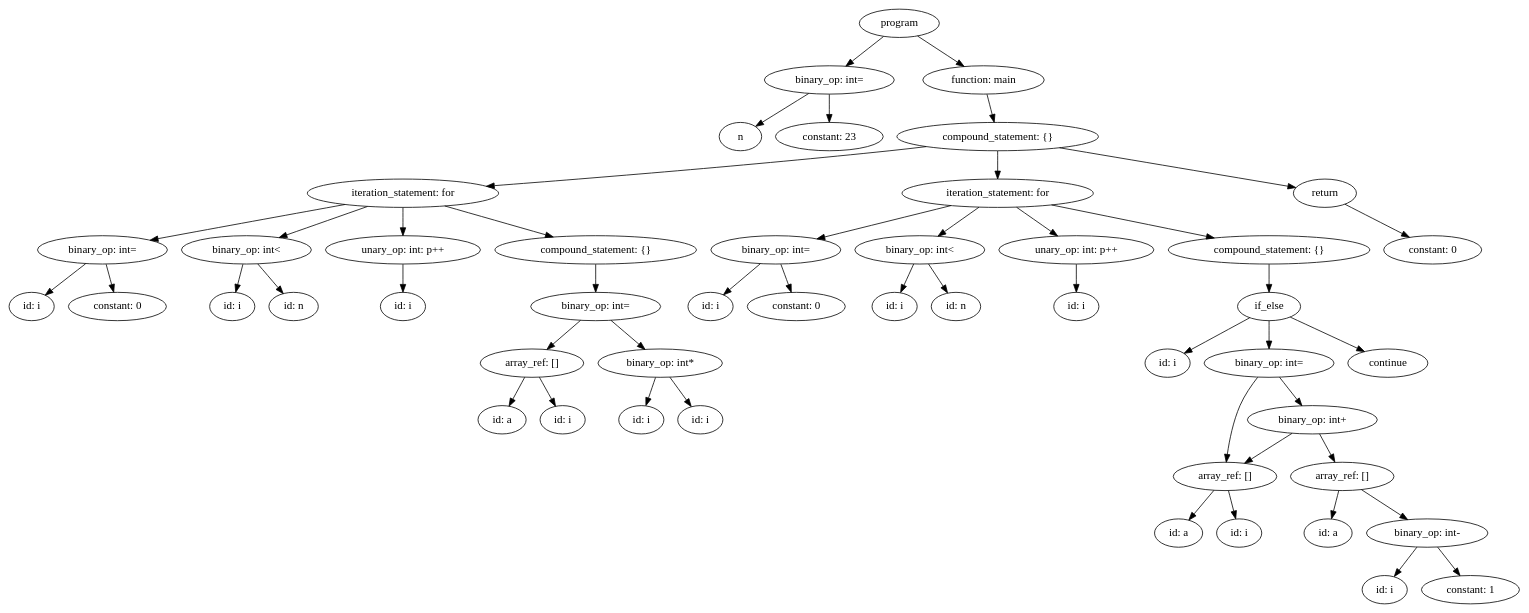
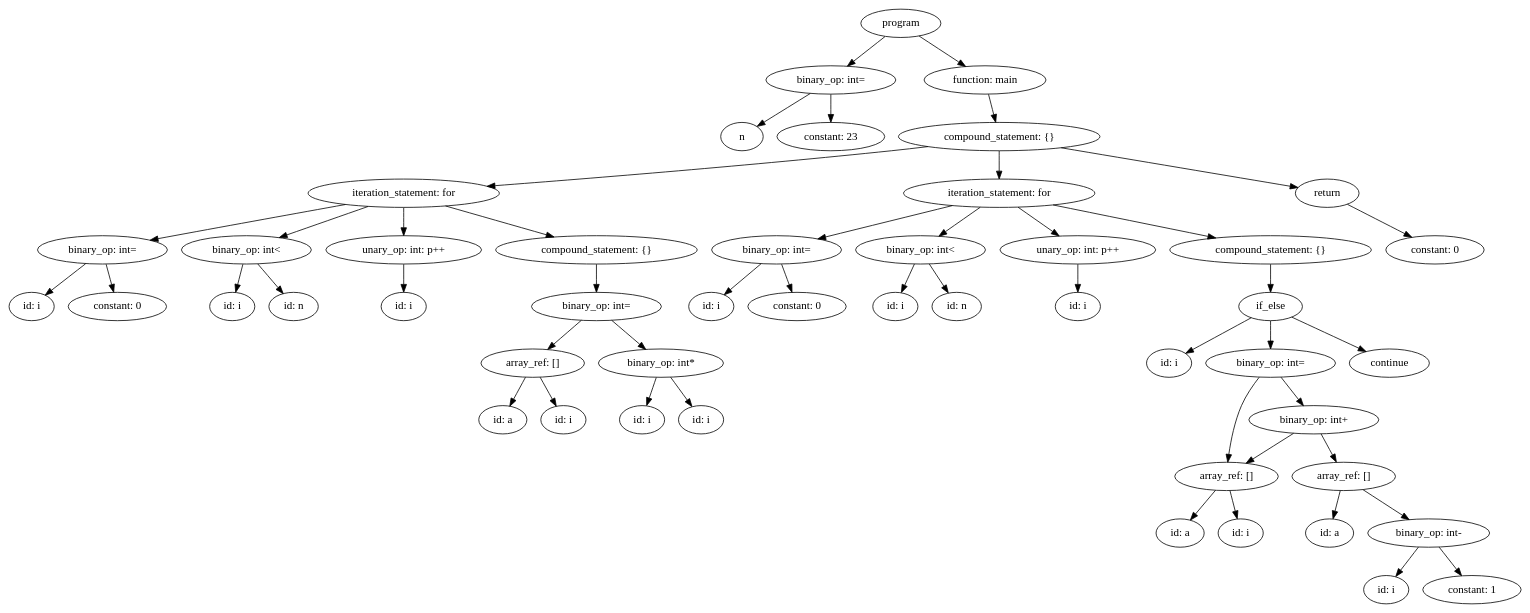
Before and after one commit to rjnrohit/C-Compiler-CS335: the diagram in output/test8.dot, drawn with Graphviz. The commit also changed 30 other files, not shown here.

```diff
--- a/output/test8.dot
+++ b/output/test8.dot
@@ -1,244 +1,244 @@
 strict digraph "" {
-	graph [bb="0,0,1580.5,756"];
+	graph [bb="0,0,1922.1,756"];
 	node [label="\N"];
 	58	[height=0.5,
 		label=program,
-		pos="930,738",
-		width=1.1389];
+		pos="1133.6,738",
+		width=1.4082];
 	7	[height=0.5,
 		label="binary_op: int=",
-		pos="857,666",
-		width=1.8234];
-	58 -> 7	[pos="e,874.17,683.47 913.8,721.46 904.33,712.39 892.2,700.75 881.58,690.57"];
+		pos="1044.6,666",
+		width=2.2929];
+	58 -> 7	[pos="e,1065.6,683.55 1113.4,721.12 1101.7,711.92 1086.8,700.18 1073.8,689.98"];
 	57	[height=0.5,
 		label="function: main",
-		pos="1017,666",
-		width=1.7512];
-	58 -> 57	[pos="e,996.95,683.13 948.88,721.81 960.63,712.35 975.96,700.02 989.1,689.45"];
+		pos="1240.6,666",
+		width=2.1528];
+	58 -> 57	[pos="e,1215.9,683.13 1156.8,721.81 1171.5,712.18 1190.8,699.55 1207.2,688.85"];
 	5	[height=0.5,
 		label=n,
-		pos="758,594",
+		pos="931.6,594",
 		width=0.75];
-	7 -> 5	[pos="e,775.9,607.66 834.04,648.76 819.24,638.3 799.94,624.65 784.49,613.73"];
+	7 -> 5	[pos="e,950.96,606.99 1018.4,648.76 1000.8,637.9 977.77,623.6 959.82,612.48"];
 	6	[height=0.5,
 		label="constant: 23",
-		pos="857,594",
-		width=1.5];
-	7 -> 6	[pos="e,857,612.1 857,647.7 857,639.98 857,630.71 857,622.11"];
+		pos="1044.6,594",
+		width=1.8957];
+	7 -> 6	[pos="e,1044.6,612.1 1044.6,647.7 1044.6,639.98 1044.6,630.71 1044.6,622.11"];
 	56	[height=0.5,
 		label="compound_statement: {}",
-		pos="1030,594",
-		width=2.7984];
-	57 -> 56	[pos="e,1026.8,612.1 1020.2,647.7 1021.6,639.98 1023.4,630.71 1025,622.11"];
+		pos="1258.6,594",
+		width=3.5566];
+	57 -> 56	[pos="e,1254.2,612.1 1245,647.7 1247.1,639.9 1249.5,630.51 1251.7,621.83"];
 	30	[height=0.5,
 		label="iteration_statement: for",
-		pos="419,522",
-		width=2.5998];
-	56 -> 30	[pos="e,501.59,530.51 957.88,581.35 945.27,579.46 932.26,577.6 920,576 777.87,557.51 612.41,540.97 511.73,531.47"];
+		pos="501.6,522",
+		width=3.3761];
+	56 -> 30	[pos="e,607.58,530.82 1168,581.26 1152.5,579.4 1136.6,577.57 1121.6,576 946.29,557.64 742.59,541.15 617.91,531.61"];
 	53	[height=0.5,
 		label="iteration_statement: for",
-		pos="1030,522",
-		width=2.5998];
-	56 -> 53	[pos="e,1030,540.1 1030,575.7 1030,567.98 1030,558.71 1030,550.11"];
+		pos="1258.6,522",
+		width=3.3761];
+	56 -> 53	[pos="e,1258.6,540.1 1258.6,575.7 1258.6,567.98 1258.6,558.71 1258.6,550.11"];
 	55	[height=0.5,
 		label=return,
-		pos="1365,522",
-		width=0.88889];
-	56 -> 55	[pos="e,1335.3,529.21 1093,579.83 1161.2,565.59 1267.8,543.32 1325.2,531.32"];
+		pos="1675.6,522",
+		width=1.125];
+	56 -> 55	[pos="e,1638.5,529.23 1337.5,579.75 1423.4,565.34 1557.8,542.77 1628.5,530.91"];
 	16	[height=0.5,
 		label="binary_op: int=",
-		pos="108,450",
-		width=1.8234];
-	30 -> 16	[pos="e,156.55,462.2 360.05,507.92 312.09,497.25 242.65,481.75 182,468 176.99,466.86 171.78,465.68 166.56,464.49"];
+		pos="118.6,450",
+		width=2.2929];
+	30 -> 16	[pos="e,179.29,462.38 427.47,507.65 368.44,497 283.7,481.65 209.6,468 203.01,466.79 196.16,465.52 189.31,464.25"];
 	19	[height=0.5,
 		label="binary_op: int<",
-		pos="257,450",
-		width=1.8234];
-	30 -> 19	[pos="e,290.75,465.58 382.64,505.29 358.24,494.75 325.98,480.81 300.26,469.69"];
+		pos="301.6,450",
+		width=2.2929];
+	30 -> 19	[pos="e,343.39,465.63 456.21,505.12 425.51,494.37 384.89,480.15 352.99,468.99"];
 	21	[height=0.5,
 		label="unary_op: int: p++",
-		pos="419,450",
-		width=2.1667];
-	30 -> 21	[pos="e,419,468.1 419,503.7 419,495.98 419,486.71 419,478.11"];
+		pos="501.6,450",
+		width=2.75];
+	30 -> 21	[pos="e,501.6,468.1 501.6,503.7 501.6,495.98 501.6,486.71 501.6,478.11"];
 	29	[height=0.5,
 		label="compound_statement: {}",
-		pos="616,450",
-		width=2.7984];
-	30 -> 29	[pos="e,573,466.28 461.75,505.81 491.59,495.21 531.61,480.99 563.41,469.69"];
+		pos="746.6,450",
+		width=3.5566];
+	30 -> 29	[pos="e,692.69,466.4 554.76,505.81 592.46,495.04 643.24,480.53 683.08,469.15"];
 	33	[height=0.5,
 		label="binary_op: int=",
-		pos="800,450",
-		width=1.8234];
-	53 -> 33	[pos="e,842.18,463.84 982.34,506.5 944.26,494.9 890.95,478.68 851.81,466.77"];
+		pos="975.6,450",
+		width=2.2929];
+	53 -> 33	[pos="e,1028,463.97 1198.9,506.24 1151.7,494.56 1085.9,478.29 1038,466.43"];
 	36	[height=0.5,
 		label="binary_op: int<",
-		pos="949,450",
-		width=1.8234];
-	53 -> 36	[pos="e,967.87,467.31 1010.4,504.05 999.99,495.07 987.06,483.9 975.76,474.12"];
+		pos="1158.6,450",
+		width=2.2929];
+	53 -> 36	[pos="e,1182,467.39 1234.6,504.23 1221.4,494.99 1204.9,483.39 1190.6,473.38"];
 	38	[height=0.5,
 		label="unary_op: int: p++",
-		pos="1111,450",
-		width=2.1667];
-	53 -> 38	[pos="e,1091.9,467.55 1049.6,504.05 1059.9,495.13 1072.7,484.06 1084,474.34"];
+		pos="1358.6,450",
+		width=2.75];
+	53 -> 38	[pos="e,1334.8,467.63 1282.5,504.23 1295.7,495.06 1312.1,483.56 1326.3,473.6"];
 	52	[height=0.5,
 		label="compound_statement: {}",
-		pos="1308,450",
-		width=2.7984];
-	53 -> 52	[pos="e,1252.1,465.07 1084.6,507.25 1129.8,495.88 1194.1,479.68 1242.1,467.59"];
+		pos="1603.6,450",
+		width=3.5566];
+	53 -> 52	[pos="e,1534,465.13 1327.2,507.09 1383.8,495.59 1464.3,479.26 1523.9,467.18"];
 	54	[height=0.5,
 		label="constant: 0",
-		pos="1476,450",
-		width=1.375];
-	55 -> 54	[pos="e,1452.4,465.87 1385.6,508 1402,497.69 1425.1,483.1 1443.9,471.26"];
+		pos="1812.6,450",
+		width=1.7361];
+	55 -> 54	[pos="e,1783.1,466.05 1701.4,507.83 1721.9,497.34 1750.9,482.5 1774.2,470.61"];
 	14	[height=0.5,
 		label="id: i",
-		pos="27,378",
-		width=0.75];
-	16 -> 14	[pos="e,42.795,392.65 88.804,432.41 77.291,422.46 62.567,409.74 50.379,399.2"];
+		pos="28.597,378",
+		width=0.79437];
+	16 -> 14	[pos="e,45.856,392.42 97.269,432.41 84.269,422.3 67.584,409.32 53.916,398.69"];
 	15	[height=0.5,
 		label="constant: 0",
-		pos="122,378",
-		width=1.375];
-	16 -> 15	[pos="e,118.58,396.1 111.46,431.7 113,423.98 114.86,414.71 116.58,406.11"];
+		pos="137.6,378",
+		width=1.7361];
+	16 -> 15	[pos="e,132.95,396.1 123.29,431.7 125.41,423.9 127.96,414.51 130.32,405.83"];
 	17	[height=0.5,
 		label="id: i",
-		pos="244,378",
-		width=0.75];
-	19 -> 17	[pos="e,247.18,396.1 253.79,431.7 252.35,423.98 250.63,414.71 249.04,406.11"];
+		pos="283.6,378",
+		width=0.79437];
+	19 -> 17	[pos="e,288,396.1 297.15,431.7 295.14,423.9 292.73,414.51 290.5,405.83"];
 	18	[height=0.5,
 		label="id: n",
-		pos="316,378",
-		width=0.75];
-	19 -> 18	[pos="e,303.32,394.04 270.98,432.41 278.65,423.31 288.27,411.9 296.65,401.96"];
+		pos="361.6,378",
+		width=0.86659];
+	19 -> 18	[pos="e,348.43,394.36 316.12,432.05 323.82,423.08 333.38,411.92 341.75,402.15"];
 	20	[height=0.5,
 		label="id: i",
-		pos="419,378",
-		width=0.75];
-	21 -> 20	[pos="e,419,396.1 419,431.7 419,423.98 419,414.71 419,406.11"];
+		pos="501.6,378",
+		width=0.79437];
+	21 -> 20	[pos="e,501.6,396.1 501.6,431.7 501.6,423.98 501.6,414.71 501.6,406.11"];
 	28	[height=0.5,
 		label="binary_op: int=",
-		pos="616,378",
-		width=1.8234];
-	29 -> 28	[pos="e,616,396.1 616,431.7 616,423.98 616,414.71 616,406.11"];
+		pos="746.6,378",
+		width=2.2929];
+	29 -> 28	[pos="e,746.6,396.1 746.6,431.7 746.6,423.98 746.6,414.71 746.6,406.11"];
 	31	[height=0.5,
 		label="id: i",
-		pos="735,378",
-		width=0.75];
-	33 -> 31	[pos="e,748.96,394.04 784.6,432.41 776.06,423.22 765.34,411.67 756.04,401.66"];
+		pos="892.6,378",
+		width=0.79437];
+	33 -> 31	[pos="e,909.05,392.88 955.93,432.41 944.21,422.53 929.24,409.91 916.8,399.41"];
 	32	[height=0.5,
 		label="constant: 0",
-		pos="830,378",
-		width=1.375];
-	33 -> 32	[pos="e,822.6,396.28 807.26,432.05 810.68,424.09 814.82,414.41 818.64,405.51"];
+		pos="1001.6,378",
+		width=1.7361];
+	33 -> 32	[pos="e,995.24,396.1 982.02,431.7 984.95,423.81 988.48,414.3 991.74,405.55"];
 	34	[height=0.5,
 		label="id: i",
-		pos="933,378",
-		width=0.75];
-	36 -> 34	[pos="e,936.91,396.1 945.04,431.7 943.28,423.98 941.16,414.71 939.2,406.11"];
+		pos="1126.6,378",
+		width=0.79437];
+	36 -> 34	[pos="e,1134.3,395.79 1150.9,432.05 1147.2,423.97 1142.7,414.12 1138.5,405.11"];
 	35	[height=0.5,
 		label="id: n",
-		pos="1005,378",
-		width=0.75];
-	36 -> 35	[pos="e,992.71,394.36 962.56,432.05 969.67,423.17 978.49,412.14 986.24,402.45"];
+		pos="1204.6,378",
+		width=0.86659];
+	36 -> 35	[pos="e,1193.9,395.31 1169.7,432.05 1175.3,423.59 1182.1,413.19 1188.3,403.84"];
 	37	[height=0.5,
 		label="id: i",
-		pos="1111,378",
-		width=0.75];
-	38 -> 37	[pos="e,1111,396.1 1111,431.7 1111,423.98 1111,414.71 1111,406.11"];
+		pos="1358.6,378",
+		width=0.79437];
+	38 -> 37	[pos="e,1358.6,396.1 1358.6,431.7 1358.6,423.98 1358.6,414.71 1358.6,406.11"];
 	51	[height=0.5,
 		label=if_else,
-		pos="1308,378",
-		width=0.95833];
-	52 -> 51	[pos="e,1308,396.1 1308,431.7 1308,423.98 1308,414.71 1308,406.11"];
+		pos="1603.6,378",
+		width=1.125];
+	52 -> 51	[pos="e,1603.6,396.1 1603.6,431.7 1603.6,423.98 1603.6,414.71 1603.6,406.11"];
 	24	[height=0.5,
 		label="array_ref: []",
-		pos="547,306",
-		width=1.5];
-	28 -> 24	[pos="e,563.23,323.47 599.65,360.41 590.88,351.52 579.93,340.41 570.29,330.63"];
+		pos="665.6,306",
+		width=1.8234];
+	28 -> 24	[pos="e,684.66,323.47 727.4,360.41 716.91,351.34 703.75,339.97 692.28,330.06"];
 	27	[height=0.5,
 		label="binary_op: int*",
-		pos="684,306",
-		width=1.8056];
-	28 -> 27	[pos="e,668,323.47 632.12,360.41 640.67,351.61 651.33,340.63 660.76,330.92"];
+		pos="828.6,306",
+		width=2.2083];
+	28 -> 27	[pos="e,809.3,323.47 766.03,360.41 776.65,351.34 789.97,339.97 801.59,330.06"];
 	39	[height=0.5,
 		label="id: i",
-		pos="1197,306",
-		width=0.75];
-	51 -> 39	[pos="e,1216.2,319.11 1286.9,363.67 1269.3,352.57 1244.1,336.69 1224.8,324.56"];
+		pos="1474.6,306",
+		width=0.79437];
+	51 -> 39	[pos="e,1495.7,318.43 1579,363.67 1557.8,352.16 1527.1,335.51 1504.5,323.23"];
 	49	[height=0.5,
 		label="binary_op: int=",
-		pos="1308,306",
-		width=1.8234];
-	51 -> 49	[pos="e,1308,324.1 1308,359.7 1308,351.98 1308,342.71 1308,334.11"];
+		pos="1603.6,306",
+		width=2.2929];
+	51 -> 49	[pos="e,1603.6,324.1 1603.6,359.7 1603.6,351.98 1603.6,342.71 1603.6,334.11"];
 	50	[height=0.5,
 		label=continue,
-		pos="1433,306",
-		width=1.1389];
-	51 -> 50	[pos="e,1408.4,320.78 1330.6,364.32 1349.8,353.57 1377.7,337.98 1399.5,325.78"];
+		pos="1754.6,306",
+		width=1.4082];
+	51 -> 50	[pos="e,1725,320.72 1630.6,364.49 1654.3,353.47 1689.2,337.32 1715.9,324.93"];
 	22	[height=0.5,
 		label="id: a",
-		pos="492,234",
-		width=0.75];
-	24 -> 22	[pos="e,504.19,250.51 533.97,288.41 526.99,279.53 518.27,268.44 510.6,258.67"];
+		pos="627.6,234",
+		width=0.84854];
+	24 -> 22	[pos="e,636.45,251.31 656.4,288.05 651.85,279.68 646.27,269.4 641.24,260.13"];
 	23	[height=0.5,
 		label="id: i",
-		pos="564,234",
-		width=0.75];
-	24 -> 23	[pos="e,559.85,252.1 551.2,287.7 553.1,279.9 555.38,270.51 557.48,261.83"];
+		pos="704.6,234",
+		width=0.79437];
+	24 -> 23	[pos="e,695.51,251.31 675.04,288.05 679.7,279.68 685.43,269.4 690.59,260.13"];
 	25	[height=0.5,
 		label="id: i",
-		pos="668,234",
-		width=0.75];
-	27 -> 25	[pos="e,671.91,252.1 680.04,287.7 678.28,279.98 676.16,270.71 674.2,262.11"];
+		pos="804.6,234",
+		width=0.79437];
+	27 -> 25	[pos="e,810.46,252.1 822.66,287.7 819.99,279.9 816.77,270.51 813.8,261.83"];
 	26	[height=0.5,
 		label="id: i",
-		pos="740,234",
-		width=0.75];
-	27 -> 26	[pos="e,727.71,250.36 697.56,288.05 704.67,279.17 713.49,268.14 721.24,258.45"];
+		pos="879.6,234",
+		width=0.79437];
+	27 -> 26	[pos="e,868.06,250.83 840.94,288.05 847.26,279.38 855.07,268.67 862,259.15"];
 	42	[height=0.5,
 		label="array_ref: []",
-		pos="1261,162",
-		width=1.5];
-	49 -> 42	[pos="e,1263.2,180.12 1297.4,287.89 1291.5,277.77 1284.5,264.52 1280,252 1272.7,231.86 1267.8,208.08 1264.8,190.17"];
+		pos="1547.6,162",
+		width=1.8234];
+	49 -> 42	[pos="e,1549.2,180.01 1589,287.91 1581.3,278.01 1572.2,264.97 1566.6,252 1558,232.23 1553.2,208.25 1550.5,190.16"];
 	48	[height=0.5,
 		label="binary_op: int+",
-		pos="1355,234",
-		width=1.8234];
-	49 -> 48	[pos="e,1343.7,251.79 1319.4,288.05 1325,279.71 1331.8,269.49 1338,260.25"];
+		pos="1658.6,234",
+		width=2.2929];
+	49 -> 48	[pos="e,1645.4,251.79 1616.9,288.05 1623.6,279.54 1631.8,269.07 1639.2,259.68"];
 	40	[height=0.5,
 		label="id: a",
-		pos="1203,90",
-		width=0.75];
-	42 -> 40	[pos="e,1215.5,106.04 1247.3,144.41 1239.7,135.31 1230.3,123.9 1222,113.96"];
+		pos="1488.6,90",
+		width=0.84854];
+	42 -> 40	[pos="e,1501.7,106.51 1533.6,144.41 1526.1,135.44 1516.6,124.21 1508.3,114.37"];
 	41	[height=0.5,
 		label="id: i",
-		pos="1275,90",
-		width=0.75];
-	42 -> 41	[pos="e,1271.6,108.1 1264.5,143.7 1266,135.98 1267.9,126.71 1269.6,118.11"];
-	48 -> 42	[pos="e,1282,178.67 1333.2,216.76 1320.4,207.27 1304.2,195.15 1290.3,184.82"];
+		pos="1565.6,90",
+		width=0.79437];
+	42 -> 41	[pos="e,1561.2,108.1 1552,143.7 1554.1,135.9 1556.5,126.51 1558.7,117.83"];
+	48 -> 42	[pos="e,1572.4,178.67 1632.9,216.76 1617.5,207.09 1597.9,194.69 1581.3,184.24"];
 	47	[height=0.5,
 		label="array_ref: []",
-		pos="1387,162",
-		width=1.5];
-	48 -> 47	[pos="e,1379.1,180.28 1362.7,216.05 1366.4,208.09 1370.8,198.41 1374.9,189.51"];
+		pos="1696.6,162",
+		width=1.8234];
+	48 -> 47	[pos="e,1687.2,180.28 1667.8,216.05 1672.2,208.01 1677.5,198.2 1682.4,189.23"];
 	43	[height=0.5,
 		label="id: a",
-		pos="1374,90",
-		width=0.75];
-	47 -> 43	[pos="e,1377.2,108.1 1383.8,143.7 1382.4,135.98 1380.6,126.71 1379,118.11"];
+		pos="1678.6,90",
+		width=0.84854];
+	47 -> 43	[pos="e,1683,108.1 1692.1,143.7 1690.1,135.9 1687.7,126.51 1685.5,117.83"];
 	46	[height=0.5,
 		label="binary_op: int-",
-		pos="1483,90",
-		width=1.7693];
-	47 -> 46	[pos="e,1461,107.06 1408.8,145.12 1421.8,135.61 1438.6,123.38 1452.9,112.96"];
+		pos="1804.6,90",
+		width=2.1528];
+	47 -> 46	[pos="e,1779.8,107.06 1721.1,145.12 1735.9,135.52 1755,123.15 1771.2,112.67"];
 	44	[height=0.5,
 		label="id: i",
-		pos="1436,18",
-		width=0.75];
-	46 -> 44	[pos="e,1446.6,34.829 1471.6,72.055 1465.8,63.381 1458.6,52.669 1452.2,43.147"];
+		pos="1750.6,18",
+		width=0.79437];
+	46 -> 44	[pos="e,1762.8,34.829 1791.5,72.055 1784.8,63.292 1776.4,52.451 1769,42.856"];
 	45	[height=0.5,
 		label="constant: 1",
-		pos="1531,18",
-		width=1.375];
-	46 -> 45	[pos="e,1519.5,35.789 1494.6,72.055 1500.3,63.715 1507.3,53.491 1513.7,44.252"];
+		pos="1859.6,18",
+		width=1.7361];
+	46 -> 45	[pos="e,1846.4,35.789 1817.9,72.055 1824.6,63.543 1832.8,53.068 1840.2,43.681"];
 }
```
